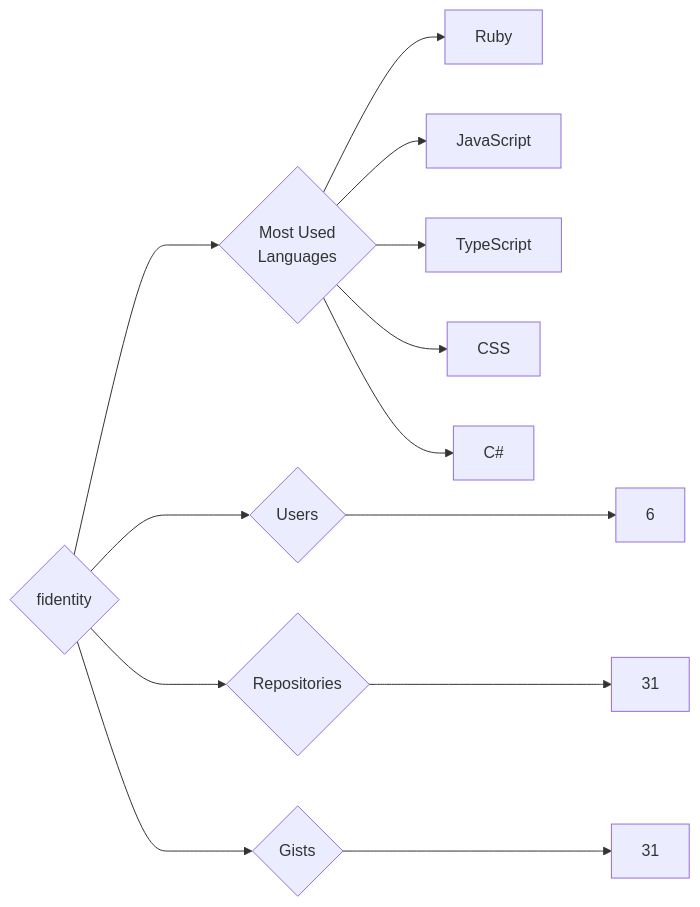
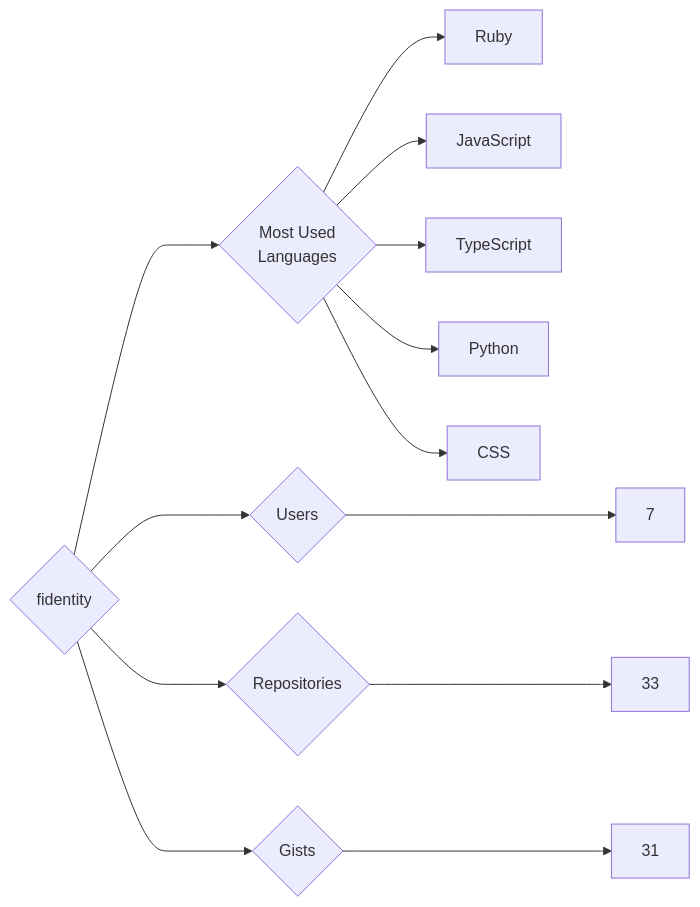
The diagram in targets/fidentity/README.md (trickest/insiders), drawn with Mermaid before and after one commit. The commit also changed 1212 other files, not shown here.

````diff
--- a/targets/fidentity/README.md
+++ b/targets/fidentity/README.md
@@ -3,13 +3,13 @@
 ```mermaid
 graph LR
 COMPANY_NAME{fidentity}
-COMPANY_NAME ---> U{Users} ---> UN[6]
-COMPANY_NAME ---> R{Repositories} ---> RN[31]
+COMPANY_NAME ---> U{Users} ---> UN[7]
+COMPANY_NAME ---> R{Repositories} ---> RN[33]
 COMPANY_NAME ---> G{Gists} ---> GN[31]
 COMPANY_NAME ---> ML{Most Used<br>Languages}
 ML --> Ruby[Ruby]
 ML --> JavaScript[JavaScript]
 ML --> TypeScript[TypeScript]
+ML --> Python[Python]
 ML --> CSS[CSS]
-ML --> C#[C#]
 ```
````
